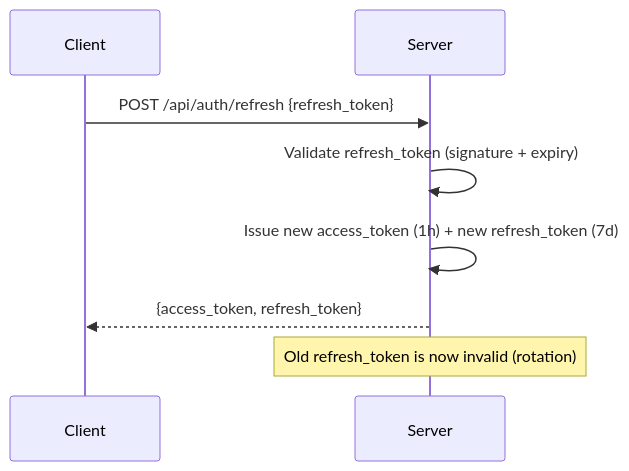
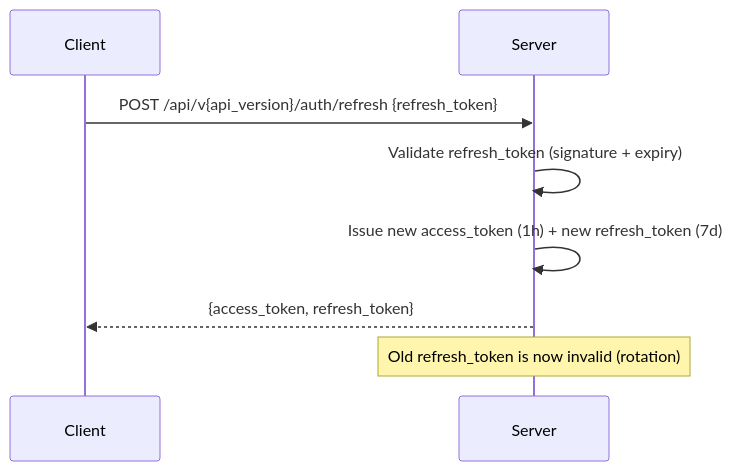
The third of 4 diagrams in docs/core/authentication.md (noiia/EERP-Documentation-Wiki), drawn with Mermaid before and after one commit. The commit also changed other lines of this file and 38 other files, not shown here.

````diff
--- a/docs/core/authentication.md
+++ b/docs/core/authentication.md
@@ -125,11 +125,11 @@
 ```mermaid
 sequenceDiagram
     participant Client
     participant Server
 
-    Client->>Server: POST /api/auth/refresh {refresh_token}
+    Client->>Server: POST /api/v{api_version}/auth/refresh {refresh_token}
     Server->>Server: Validate refresh_token (signature + expiry)
     Server->>Server: Issue new access_token (1h) + new refresh_token (7d)
     Server-->>Client: {access_token, refresh_token}
     note over Server: Old refresh_token is now invalid (rotation)
 ```
````
